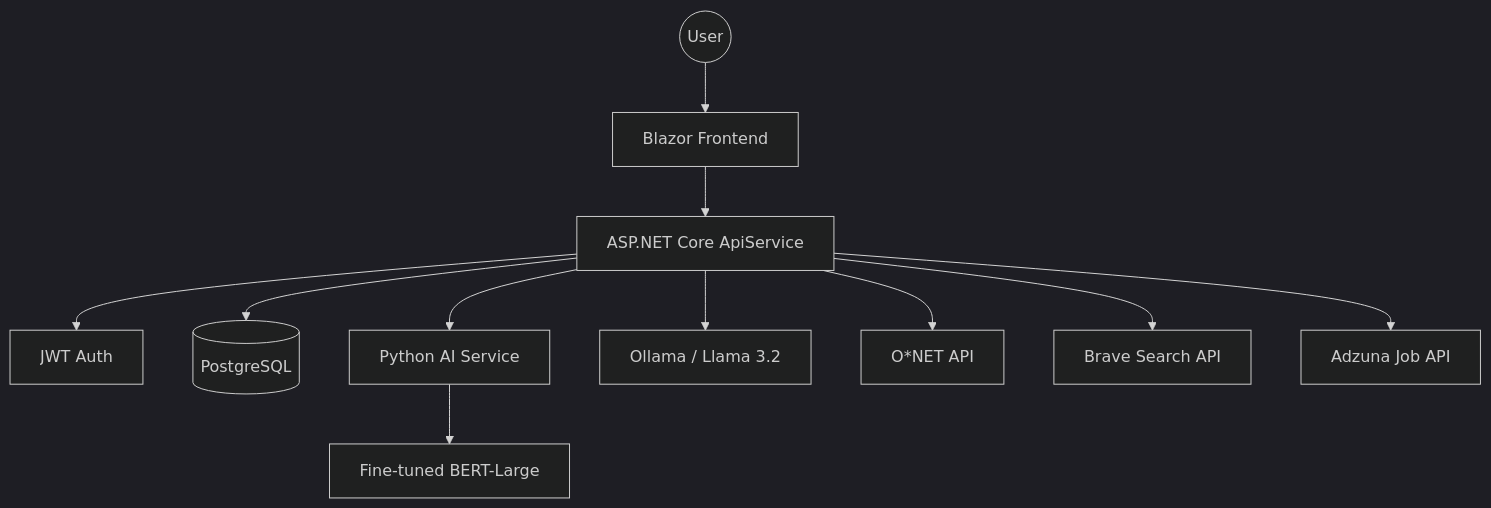
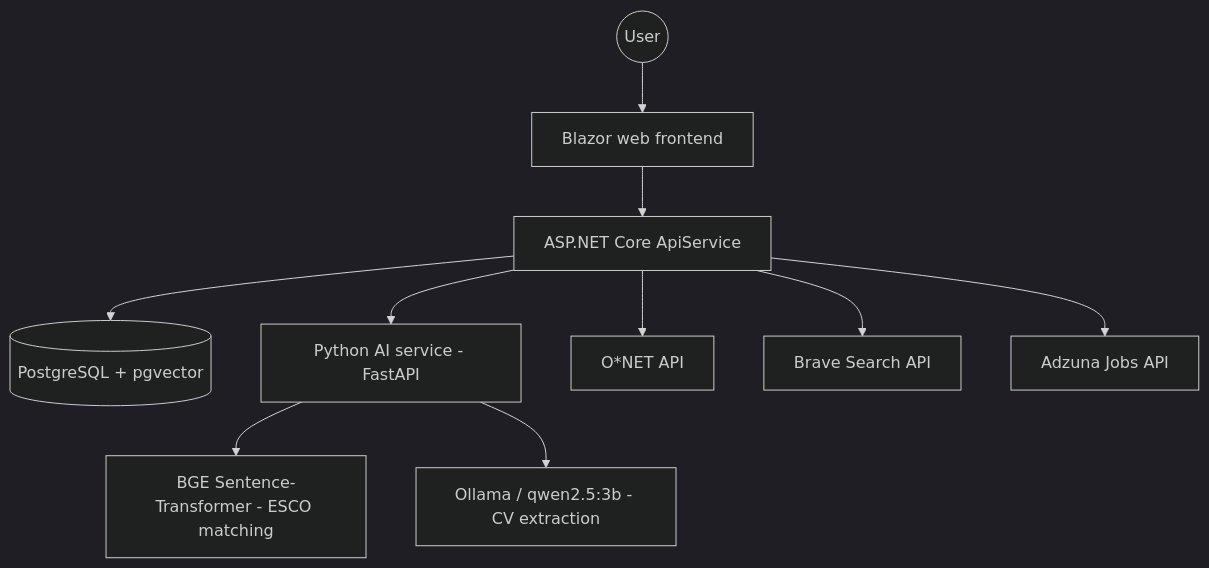
Before and after one commit to sarperim/CareerSEA: the diagram in README.md, drawn with Mermaid (dark theme). The commit also changed other lines of this file, not shown here.

````diff
--- a/README.md
+++ b/README.md
@@ -40,13 +217,12 @@
 ```mermaid
 graph TD
-    User((User)) --> Web[Blazor Frontend]
+    User((User)) --> Web[Blazor web frontend]
     Web --> API[ASP.NET Core ApiService]
-    API --> Auth[JWT Auth]
-    API --> DB[(PostgreSQL)]
-    API --> Python[Python AI Service]
-    Python --> BERT[Fine-tuned BERT-Large]
-    API --> Ollama[Ollama / Llama 3.2]
+    API --> DB[(PostgreSQL + pgvector)]
+    API --> Py[Python AI service - FastAPI]
+    Py --> Embed[BGE Sentence-Transformer - ESCO matching]
+    Py --> Ollama[Ollama / qwen2.5:3b - CV extraction]
     API --> ONET[O*NET API]
     API --> Brave[Brave Search API]
-    API --> Adzuna[Adzuna Job API]
+    API --> Adzuna[Adzuna Jobs API]
 ```
````
